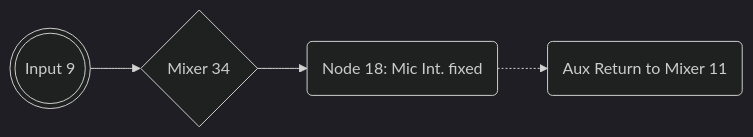
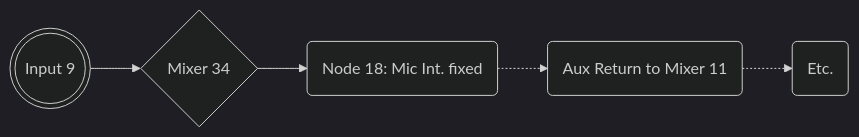
The fourth of 7 diagrams in L_ALC_Layout-ID/README.md (5T33Z0/OC-Little-Translated), drawn with Mermaid (dark theme) before and after one commit. The commit also changed other lines of this file, not shown here.

````diff
--- a/L_ALC_Layout-ID/README.md
+++ b/L_ALC_Layout-ID/README.md
@@ -218,4 +219,4 @@
 ```mermaid
 flowchart LR
-       id1(((Input 9))) -->Aid2{Mixer 34} -->id2(Node 18: Mic Int. fixed)-.-> id3(Aux Return to Mixer 11)
+       id1(((Input 9))) -->Aid2{Mixer 34} -->id2(Node 18: Mic Int. fixed)-.-> id3(Aux Return to Mixer 11)-.->id4(Etc.)
 ```
````
